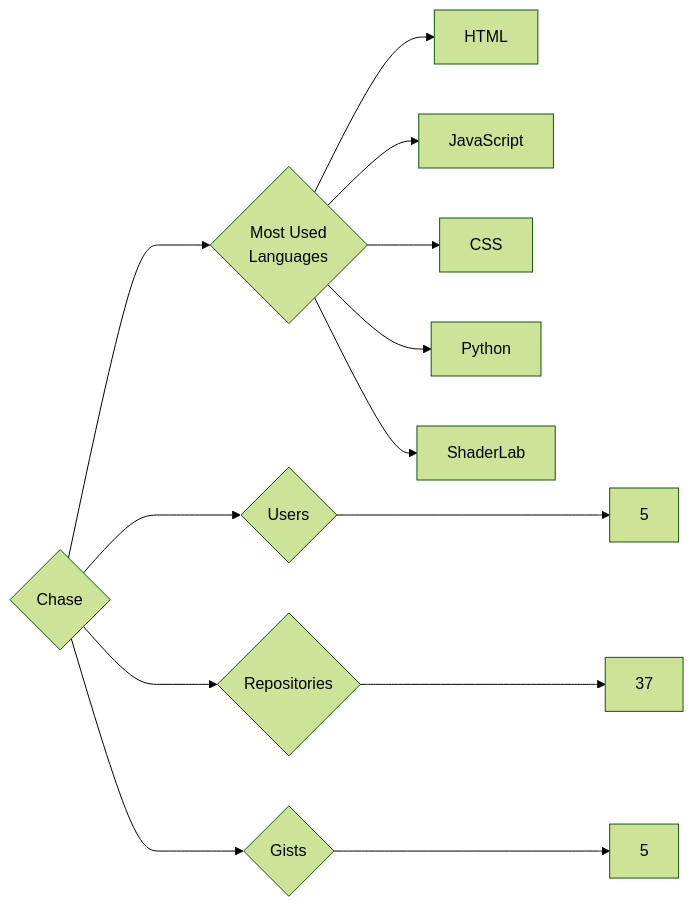
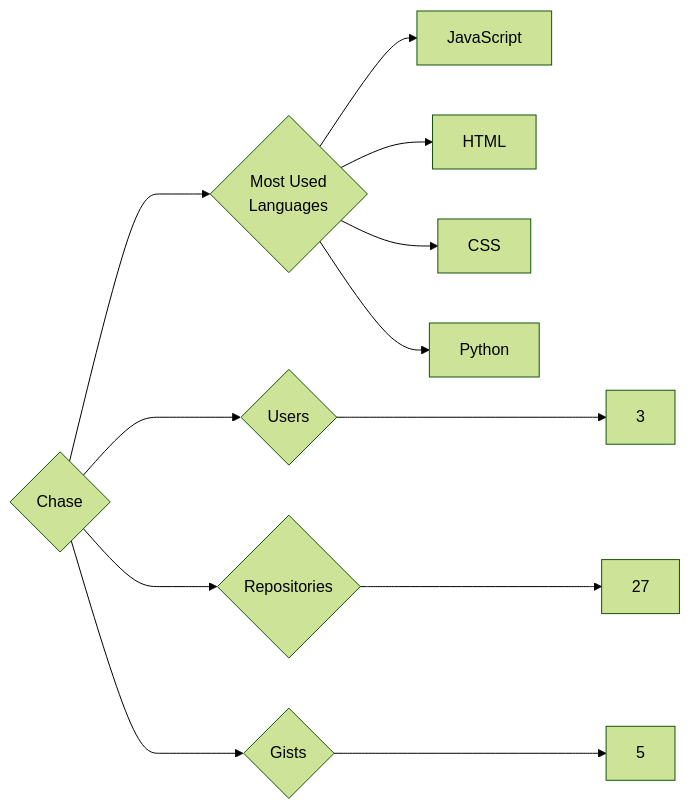
One commit to trickest/insiders changed the diagram in targets/Chase/README.md. Above: the diagram before and after it, drawn with Mermaid (forest theme). The commit also changed 1078 other files, not shown here.

````diff
--- a/targets/Chase/README.md
+++ b/targets/Chase/README.md
@@ -3,13 +3,12 @@
 ```mermaid
 graph LR
 COMPANY_NAME{Chase}
-COMPANY_NAME ---> U{Users} ---> UN[5]
-COMPANY_NAME ---> R{Repositories} ---> RN[37]
+COMPANY_NAME ---> U{Users} ---> UN[3]
+COMPANY_NAME ---> R{Repositories} ---> RN[27]
 COMPANY_NAME ---> G{Gists} ---> GN[5]
 COMPANY_NAME ---> ML{Most Used<br>Languages}
+ML --> JavaScript[JavaScript]
 ML --> HTML[HTML]
-ML --> JavaScript[JavaScript]
 ML --> CSS[CSS]
 ML --> Python[Python]
-ML --> ShaderLab[ShaderLab]
 ```
````
